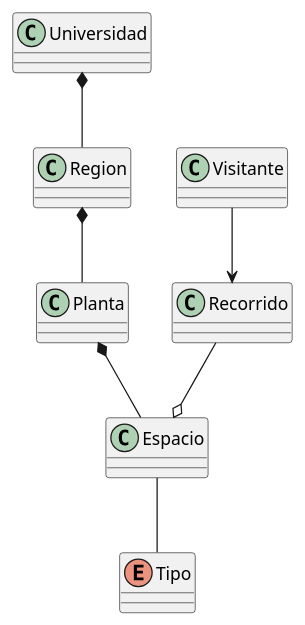
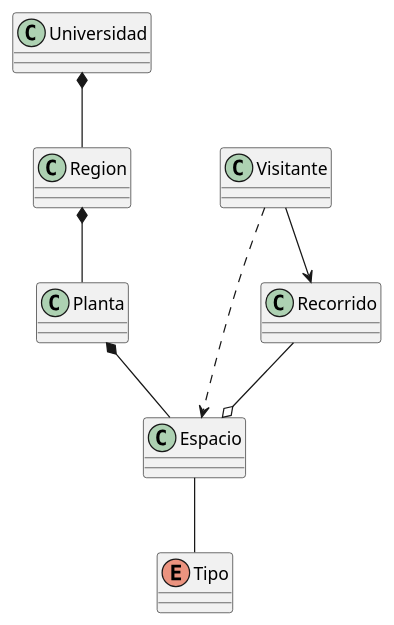
The diagram in documentos/00-modeloDeDominio/DiagramaDeClases/diagramaDeClases.puml (Camila-Lesly/25-26-idsw1-sdr), drawn with PlantUML before and after one commit. The commit also changed 3 other files, not shown here.

```diff
--- a/documentos/00-modeloDeDominio/DiagramaDeClases/diagramaDeClases.puml
+++ b/documentos/00-modeloDeDominio/DiagramaDeClases/diagramaDeClases.puml
@@ -1,11 +1,12 @@
 @startuml
 enum Tipo
 
 Universidad *-- Region
 Region *-- Planta
 Planta *-- Espacio
 Espacio -- Tipo
 
 Visitante --> Recorrido
 Recorrido --o Espacio
+Visitante ..> Espacio
 @enduml
```
